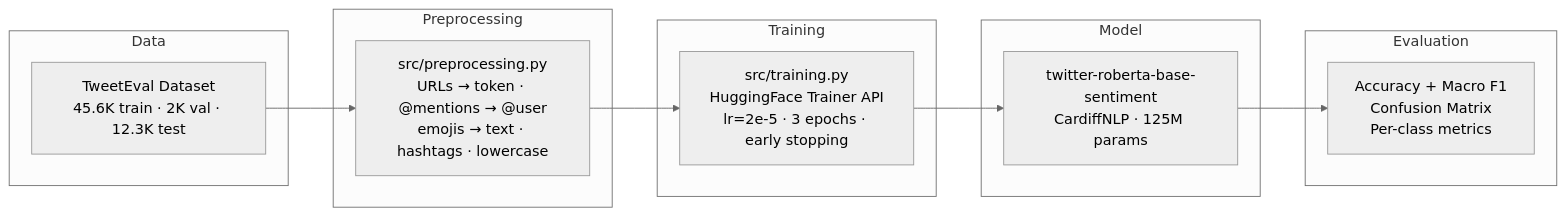
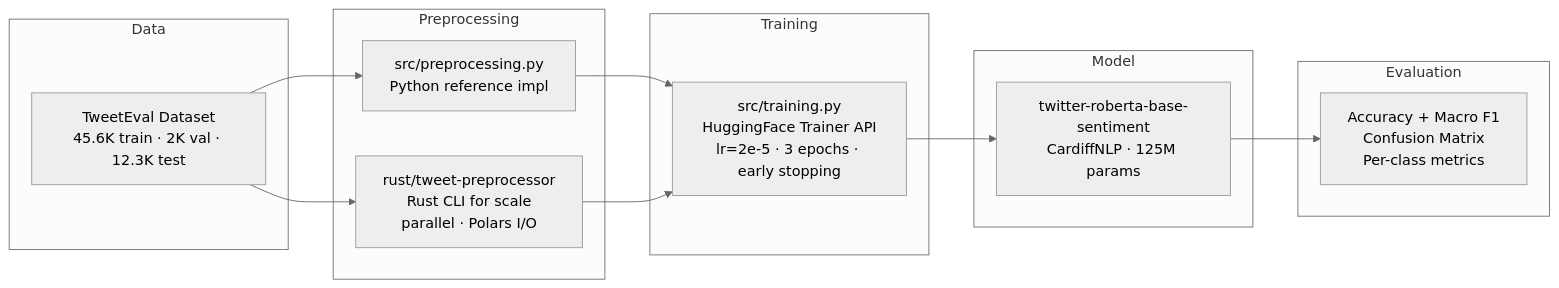
One commit to LukeSantossz/tweet-sentiment-analysis changed the diagram in README.md. Above: the diagram before and after it, drawn with Mermaid (neutral theme). The commit also changed other lines of this file and 2 other files, not shown here.

Commit message:
docs(readme): document rust preprocessing cli in architecture

````diff
--- a/README.md
+++ b/README.md
@@ -18,24 +19,27 @@
 ```mermaid
 flowchart LR
     subgraph Data
         A[TweetEval Dataset<br/>45.6K train · 2K val · 12.3K test]
     end
 
     subgraph Preprocessing
-        B[src/preprocessing.py<br/>URLs → token · @mentions → @user<br/>emojis → text · hashtags · lowercase]
+        B1[src/preprocessing.py<br/>Python reference impl]
+        B2[rust/tweet-preprocessor<br/>Rust CLI for scale<br/>parallel · Polars I/O]
     end
 
     subgraph Training
         C[src/training.py<br/>HuggingFace Trainer API<br/>lr=2e-5 · 3 epochs · early stopping]
     end
 
     subgraph Model
         D[twitter-roberta-base-sentiment<br/>CardiffNLP · 125M params]
     end
 
     subgraph Evaluation
         E[Accuracy + Macro F1<br/>Confusion Matrix<br/>Per-class metrics]
     end
 
-    A --> B --> C --> D --> E
+    A --> B1 --> C
+    A --> B2 --> C
+    C --> D --> E
 ```
````
